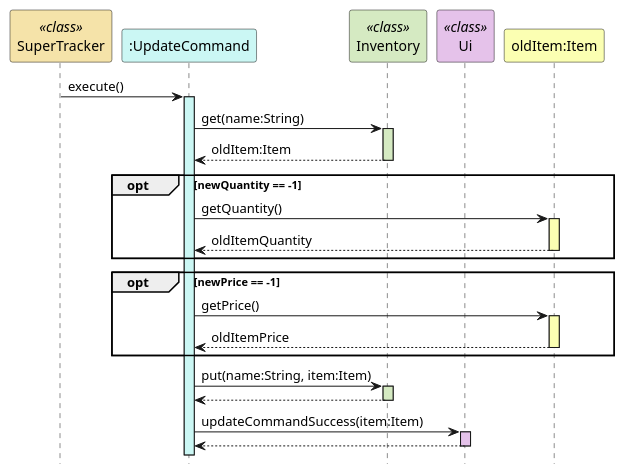
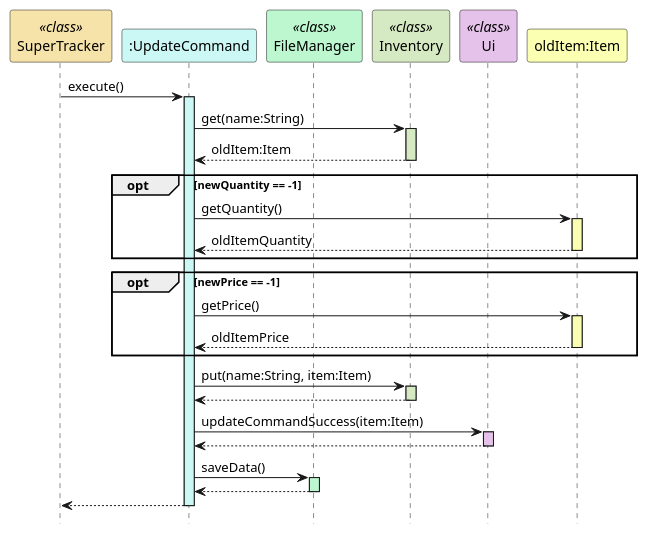
The second of 2 diagrams in docs/uml-diagrams/UpdateCommand.puml (rismm/tp), drawn with PlantUML before and after one commit. The commit also changed other lines of this file and 8 other files, not shown here.

```diff
--- a/docs/uml-diagrams/UpdateCommand.puml
+++ b/docs/uml-diagrams/UpdateCommand.puml
@@ -51,41 +58,49 @@
 @startuml
 hide footbox
 participant "SuperTracker" as SuperTracker <<class>> #f5e3a9
 participant ":UpdateCommand" as UpdateCommand #cbf7f4
+participant "FileManager" as FileManager <<class>> #bcf7cf
 participant "Inventory" as Inventory <<class>> #d5eac2
 participant "Ui" as Ui <<class>> #e5c2ea
 participant "oldItem:Item" as Item #fbffb2
 
 SuperTracker -> UpdateCommand : execute()
 activate UpdateCommand #cbf7f4
 
 UpdateCommand -> Inventory : get(name:String)
 activate Inventory #d5eac2
 Inventory --> UpdateCommand : oldItem:Item
 deactivate Inventory
 
 opt newQuantity == -1
     UpdateCommand -> Item: getQuantity()
     activate Item #fbffb2
     Item --> UpdateCommand: oldItemQuantity
     deactivate Item
 end
 
 opt newPrice == -1
     UpdateCommand -> Item: getPrice()
     activate Item #fbffb2
     Item --> UpdateCommand: oldItemPrice
     deactivate Item
 end
 
 UpdateCommand -> Inventory : put(name:String, item:Item)
 activate Inventory #d5eac2
 Inventory --> UpdateCommand
 deactivate Inventory
 
 UpdateCommand -> Ui : updateCommandSuccess(item:Item)
 activate Ui #e5c2ea
 Ui --> UpdateCommand
 deactivate Ui
 
+UpdateCommand -> FileManager : saveData()
+activate FileManager #bcf7cf
+FileManager --> UpdateCommand
+deactivate FileManager
+
+UpdateCommand --> SuperTracker
+deactivate UpdateCommand
 @enduml
```
